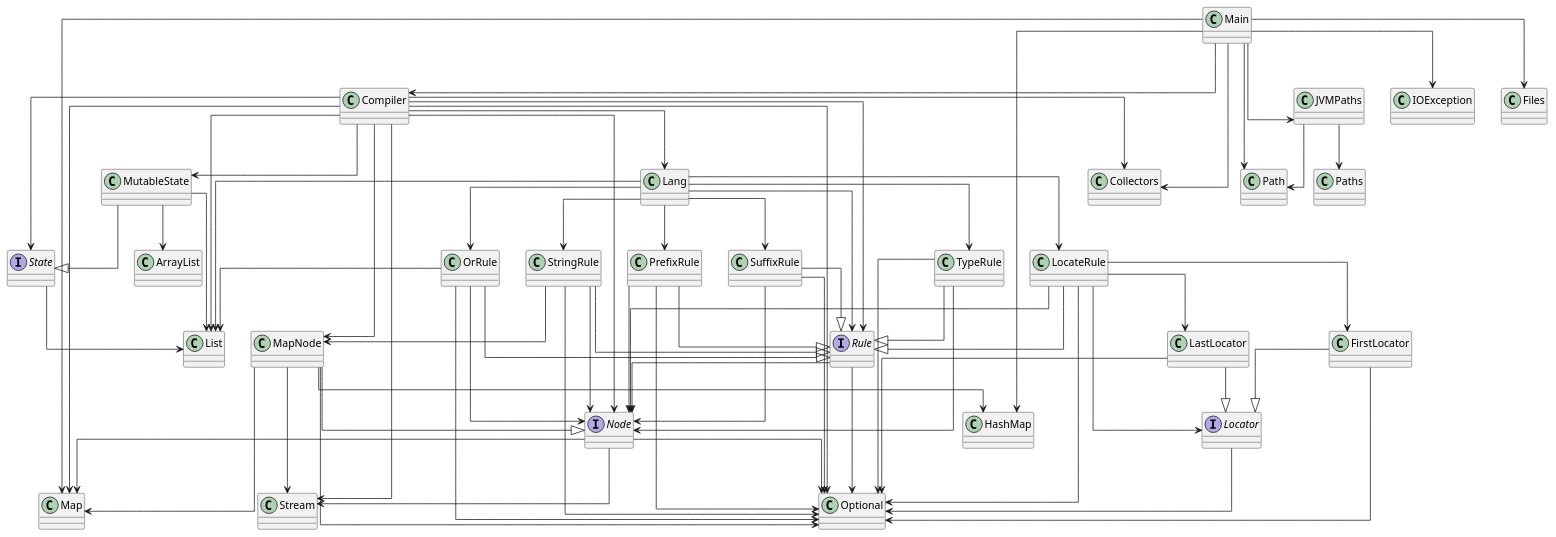
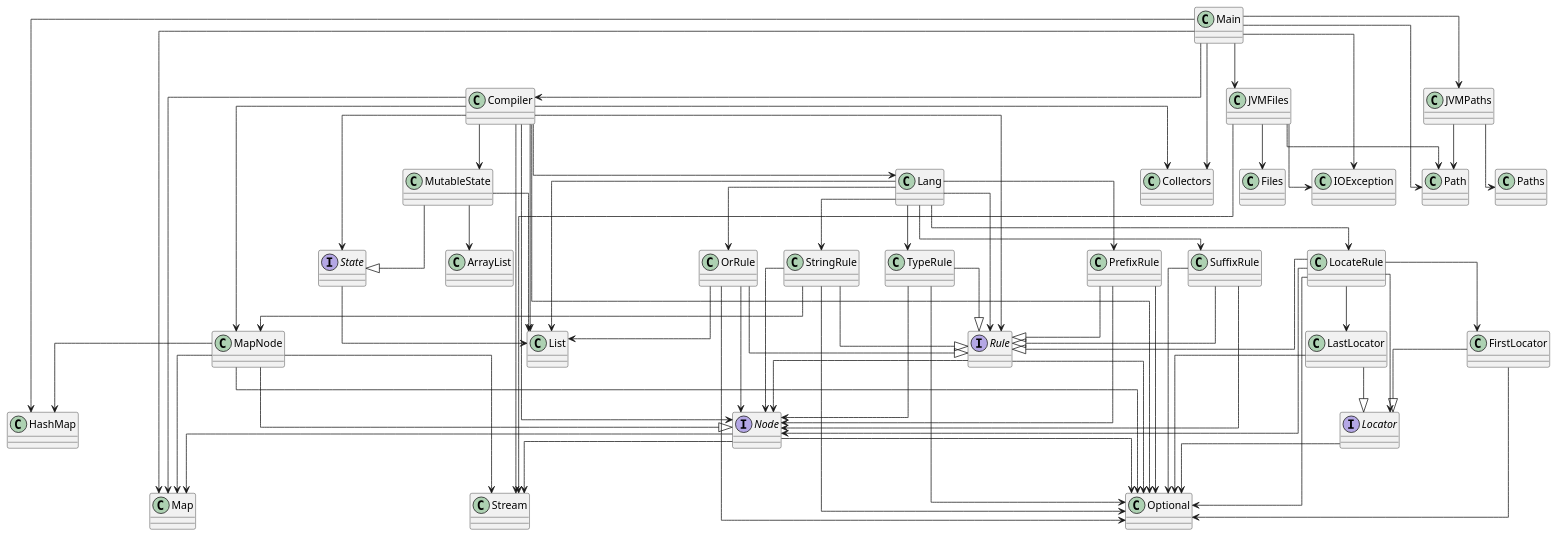
Before and after one commit to SirMathhman/Magma: the diagram in diagram.puml, drawn with PlantUML. The commit also changed 2 other files, not shown here.

Commit message:
JVMFiles

```diff
--- a/diagram.puml
+++ b/diagram.puml
@@ -1,92 +1,97 @@
 @startuml
 skinparam linetype ortho
 StringRule --> MapNode
 StringRule --> Node
 StringRule --> Optional
 class StringRule
 StringRule --|> Rule
 PrefixRule --> Node
 PrefixRule --> Optional
 class PrefixRule
 PrefixRule --|> Rule
 Compiler --> Lang
 Compiler --> MutableState
 Compiler --> State
 Compiler --> MapNode
 Compiler --> Node
 Compiler --> Rule
 Compiler --> List
 Compiler --> Map
 Compiler --> Optional
 Compiler --> Collectors
 Compiler --> Stream
 class Compiler
 LastLocator --> Optional
 class LastLocator
 LastLocator --|> Locator
 OrRule --> Node
 OrRule --> List
 OrRule --> Optional
 class OrRule
 OrRule --|> Rule
 JVMPaths --> Path
 JVMPaths --> Paths
 class JVMPaths
 Node --> Map
 Node --> Optional
 Node --> Stream
 interface Node
+JVMFiles --> IOException
+JVMFiles --> Files
+JVMFiles --> Path
+JVMFiles --> Stream
+class JVMFiles
 Lang --> LocateRule
 Lang --> OrRule
 Lang --> PrefixRule
 Lang --> Rule
 Lang --> StringRule
 Lang --> SuffixRule
 Lang --> TypeRule
 Lang --> List
 class Lang
 MapNode --> HashMap
 MapNode --> Map
 MapNode --> Optional
 MapNode --> Stream
 class MapNode
 MapNode --|> Node
 Locator --> Optional
 interface Locator
 MutableState --> ArrayList
 MutableState --> List
 class MutableState
 MutableState --|> State
 SuffixRule --> Node
 SuffixRule --> Optional
 class SuffixRule
 SuffixRule --|> Rule
 State --> List
 interface State
 FirstLocator --> Optional
 class FirstLocator
 FirstLocator --|> Locator
 Rule --> Node
 Rule --> Optional
 interface Rule
 LocateRule --> FirstLocator
 LocateRule --> LastLocator
 LocateRule --> Locator
 LocateRule --> Node
 LocateRule --> Optional
 class LocateRule
 LocateRule --|> Rule
 Main --> Compiler
+Main --> JVMFiles
 Main --> JVMPaths
 Main --> IOException
-Main --> Files
 Main --> Path
 Main --> HashMap
 Main --> Map
 Main --> Collectors
 class Main
 TypeRule --> Node
 TypeRule --> Optional
 class TypeRule
 TypeRule --|> Rule
 @enduml
```
